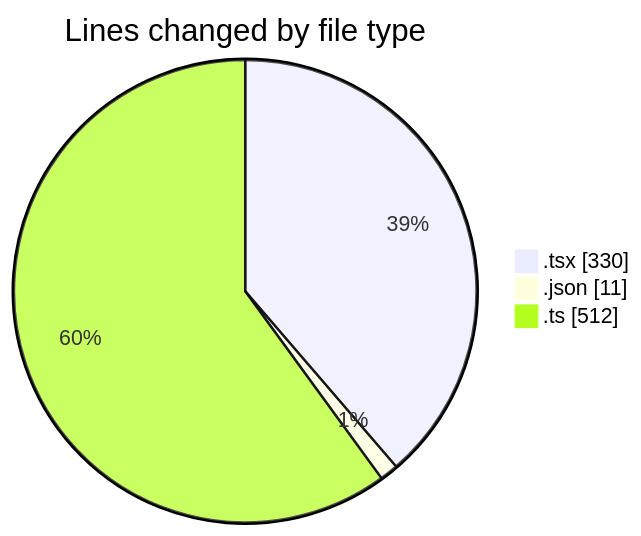
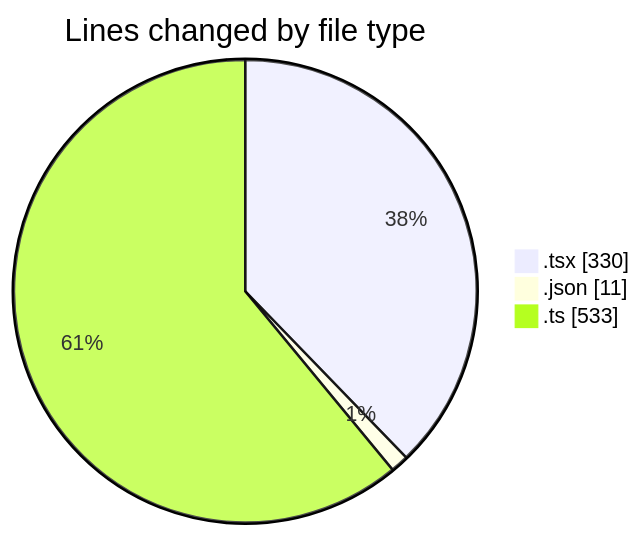
The first of 2 diagrams in 2025-05-12/cda/README.md (momahboobian/code-tracking), drawn with Mermaid before and after one commit. The commit also changed other lines of this file and 1 other file, not shown here.

````diff
--- a/2025-05-12/cda/README.md
+++ b/2025-05-12/cda/README.md
@@ -31,7 +31,7 @@
 ```mermaid
 pie showData
 title Lines changed by file type
 ".tsx" : 330
 ".json" : 11
-".ts" : 512
+".ts" : 533
 ```
````
